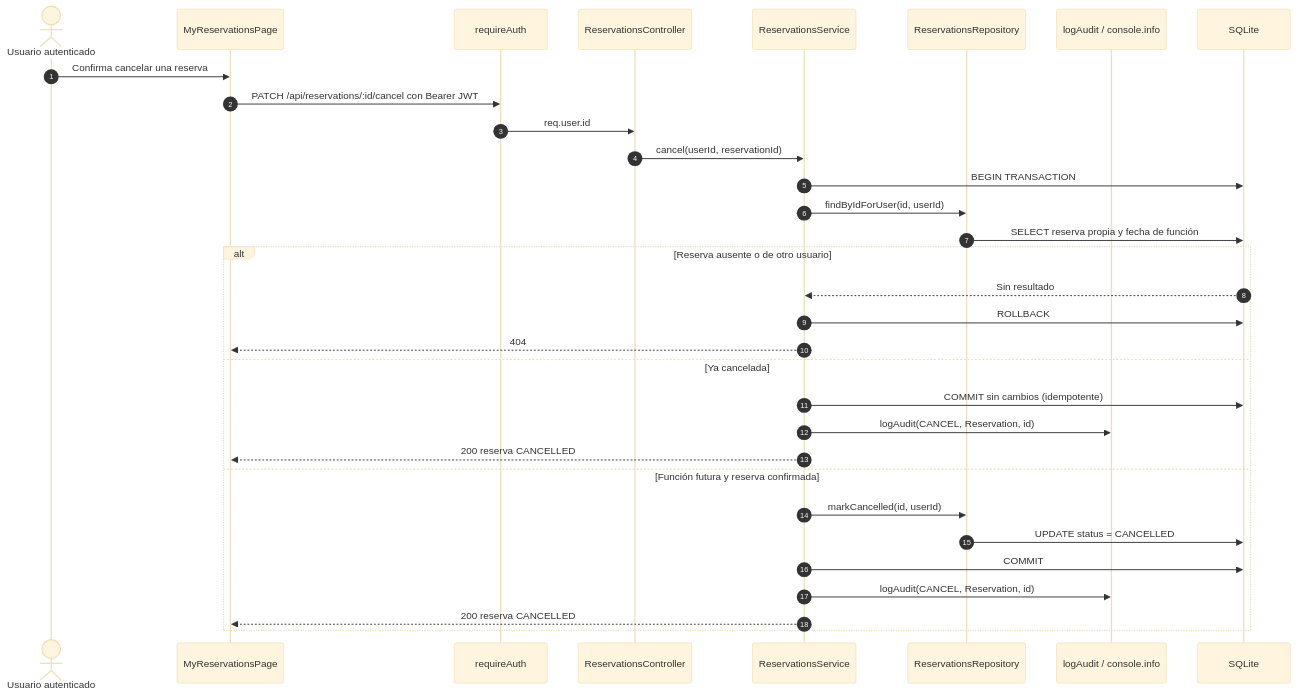
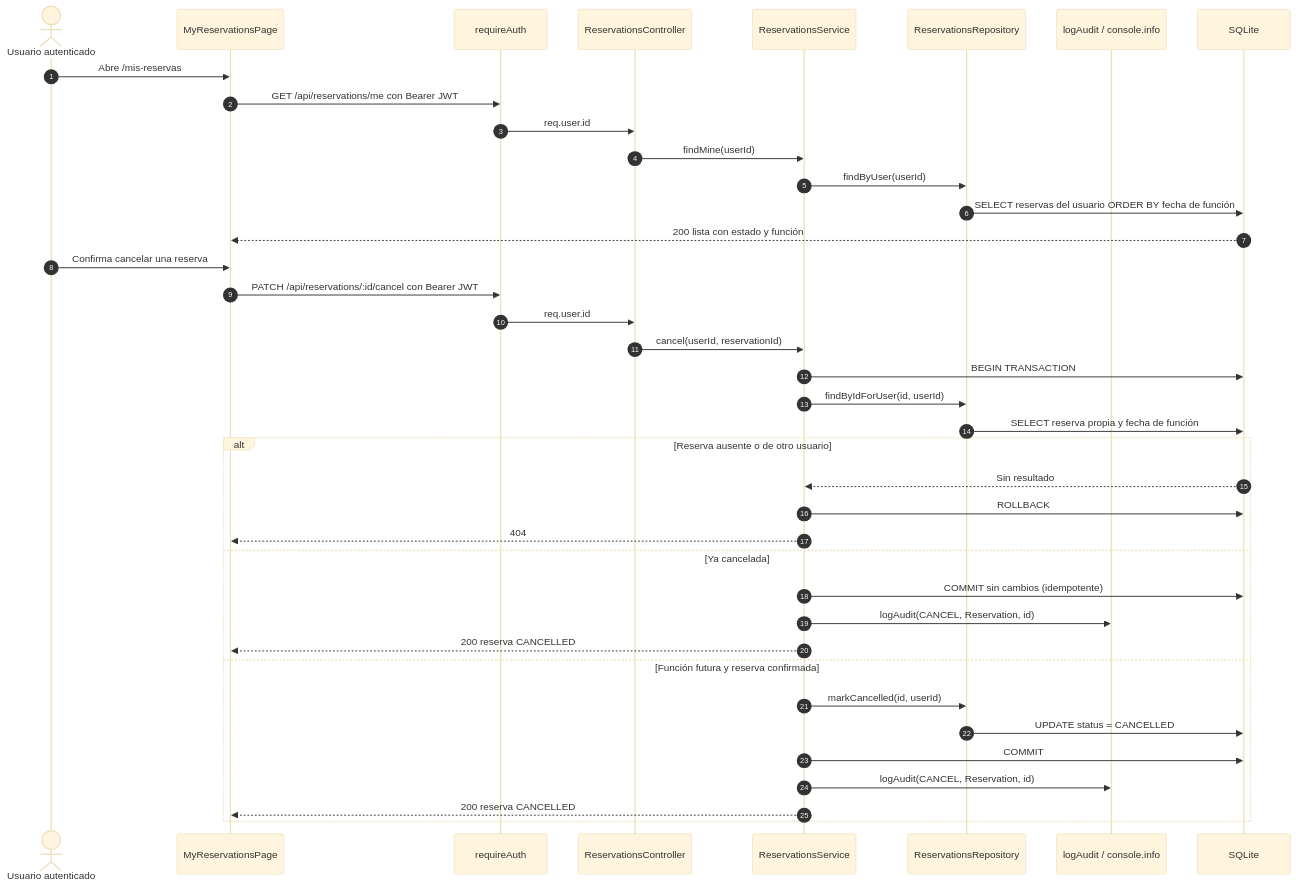
Before and after one commit to Camello15/festival-artes-vivas-loja: the seventh of 10 diagrams in docs/arquitectura/02-vista-procesos.md, drawn with Mermaid (base theme). The commit also changed other lines of this file and 7 other files, not shown here.

First line of the commit message:
docs(architecture): completar cadena de diagramas del modelo 4+1

````diff
--- a/docs/arquitectura/02-vista-procesos.md
+++ b/docs/arquitectura/02-vista-procesos.md
@@ -136,36 +274,43 @@
 ```mermaid
 sequenceDiagram
     autonumber
     actor U as Usuario autenticado
     participant W as MyReservationsPage
     participant MW as requireAuth
     participant C as ReservationsController
     participant S as ReservationsService
     participant RP as ReservationsRepository
     participant L as logAudit / console.info
     participant DB as SQLite
 
+    U->>W: Abre /mis-reservas
+    W->>MW: GET /api/reservations/me con Bearer JWT
+    MW->>C: req.user.id
+    C->>S: findMine(userId)
+    S->>RP: findByUser(userId)
+    RP->>DB: SELECT reservas del usuario ORDER BY fecha de función
+    DB-->>W: 200 lista con estado y función
     U->>W: Confirma cancelar una reserva
     W->>MW: PATCH /api/reservations/:id/cancel con Bearer JWT
     MW->>C: req.user.id
     C->>S: cancel(userId, reservationId)
     S->>DB: BEGIN TRANSACTION
     S->>RP: findByIdForUser(id, userId)
     RP->>DB: SELECT reserva propia y fecha de función
 
     alt Reserva ausente o de otro usuario
         DB-->>S: Sin resultado
         S->>DB: ROLLBACK
         S-->>W: 404
     else Ya cancelada
         S->>DB: COMMIT sin cambios (idempotente)
         S->>L: logAudit(CANCEL, Reservation, id)
         S-->>W: 200 reserva CANCELLED
     else Función futura y reserva confirmada
         S->>RP: markCancelled(id, userId)
         RP->>DB: UPDATE status = CANCELLED
         S->>DB: COMMIT
         S->>L: logAudit(CANCEL, Reservation, id)
         S-->>W: 200 reserva CANCELLED
     end
 ```
````
